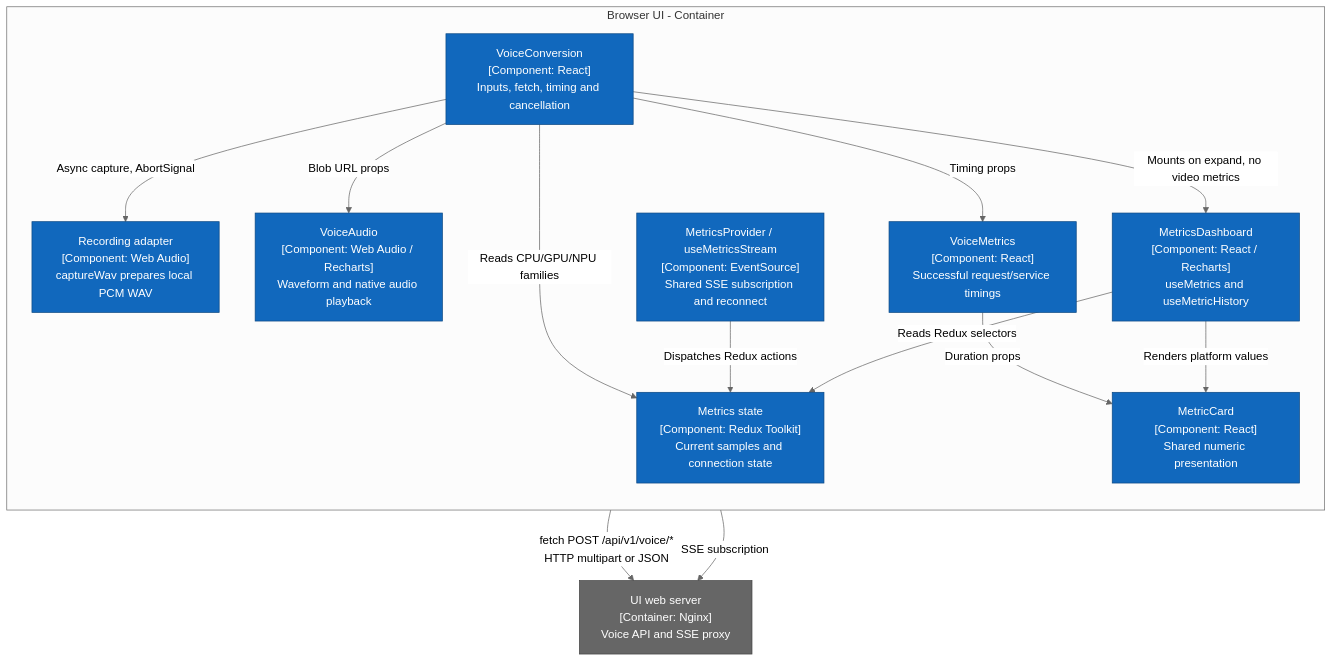
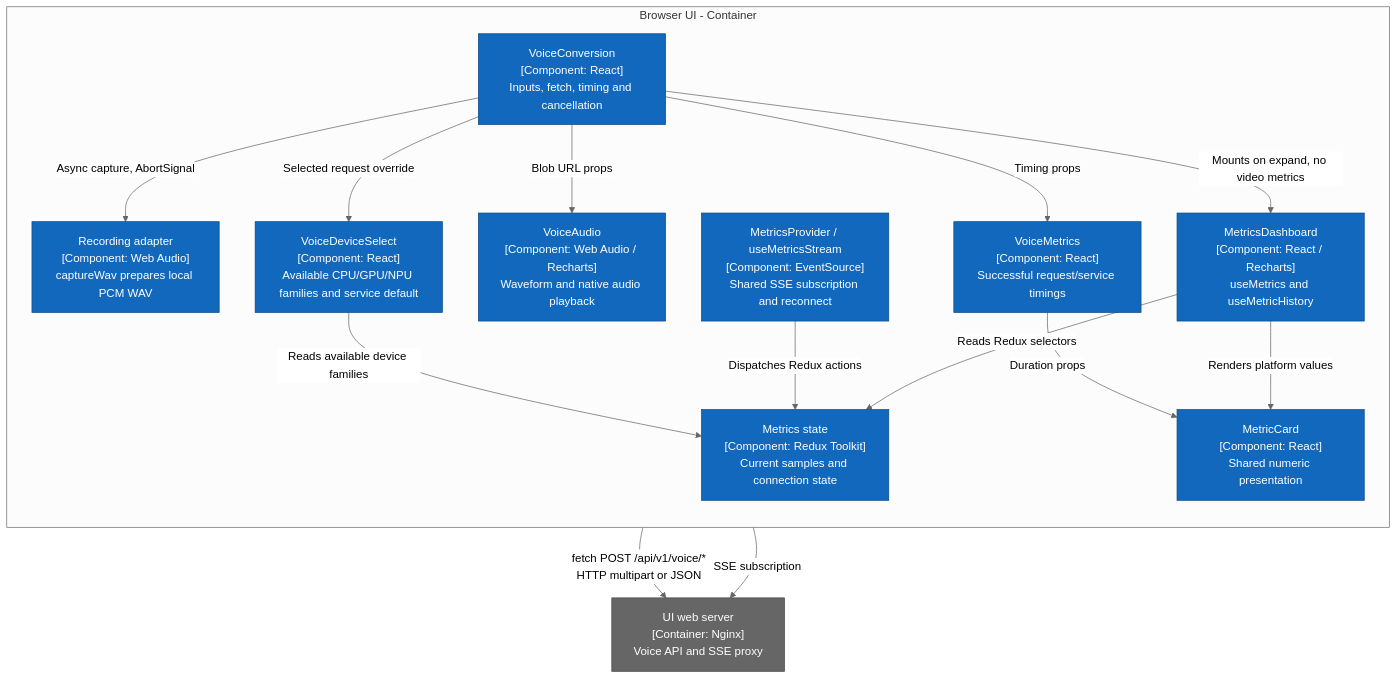
The third of 9 diagrams in tools/visual-pipeline-and-platform-evaluation-tool/docs/user-guide/developer-guide/voice-architecture.md (open-edge-platform/edge-ai-libraries), drawn with Mermaid (neutral theme) before and after one commit. The commit also changed other lines of this file and 6 other files, not shown here.

````diff
--- a/tools/visual-pipeline-and-platform-evaluation-tool/docs/user-guide/developer-guide/voice-architecture.md
+++ b/tools/visual-pipeline-and-platform-evaluation-tool/docs/user-guide/developer-guide/voice-architecture.md
@@ -103,28 +119,30 @@
 ```mermaid
 flowchart TB
   web["UI web server<br/>[Container: Nginx]<br/>Voice API and SSE proxy"]:::external
   subgraph spa[Browser UI - Container]
     direction TB
     voice["VoiceConversion<br/>[Component: React]<br/>Inputs, fetch, timing and cancellation"]:::internal
+    device["VoiceDeviceSelect<br/>[Component: React]<br/>Available CPU/GPU/NPU families and service default"]:::internal
     recorder["Recording adapter<br/>[Component: Web Audio]<br/>captureWav prepares local PCM WAV"]:::internal
     audio["VoiceAudio<br/>[Component: Web Audio / Recharts]<br/>Waveform and native audio playback"]:::internal
     timings["VoiceMetrics<br/>[Component: React]<br/>Successful request/service timings"]:::internal
     stream["MetricsProvider / useMetricsStream<br/>[Component: EventSource]<br/>Shared SSE subscription and reconnect"]:::internal
     store["Metrics state<br/>[Component: Redux Toolkit]<br/>Current samples and connection state"]:::internal
     dashboard["MetricsDashboard<br/>[Component: React / Recharts]<br/>useMetrics and useMetricHistory"]:::internal
     cards["MetricCard<br/>[Component: React]<br/>Shared numeric presentation"]:::internal
     voice -->|Async capture, AbortSignal| recorder
-    voice -->|Reads CPU/GPU/NPU families| store
+    voice -->|Selected request override| device
+    device -->|Reads available device families| store
     voice -->|Blob URL props| audio
     voice -->|Timing props| timings
     timings -->|Duration props| cards
     voice -->|Mounts on expand, no video metrics| dashboard
     stream -->|Dispatches Redux actions| store
     dashboard -->|Reads Redux selectors| store
     dashboard -->|Renders platform values| cards
   end
   voice -->|"fetch POST /api/v1/voice/*<br/>HTTP multipart or JSON"| web
   stream -->|"SSE subscription"| web
   classDef internal fill:#1168bd,color:#fff,stroke:#0b4884
   classDef external fill:#666,color:#fff,stroke:#444
 ```
````
